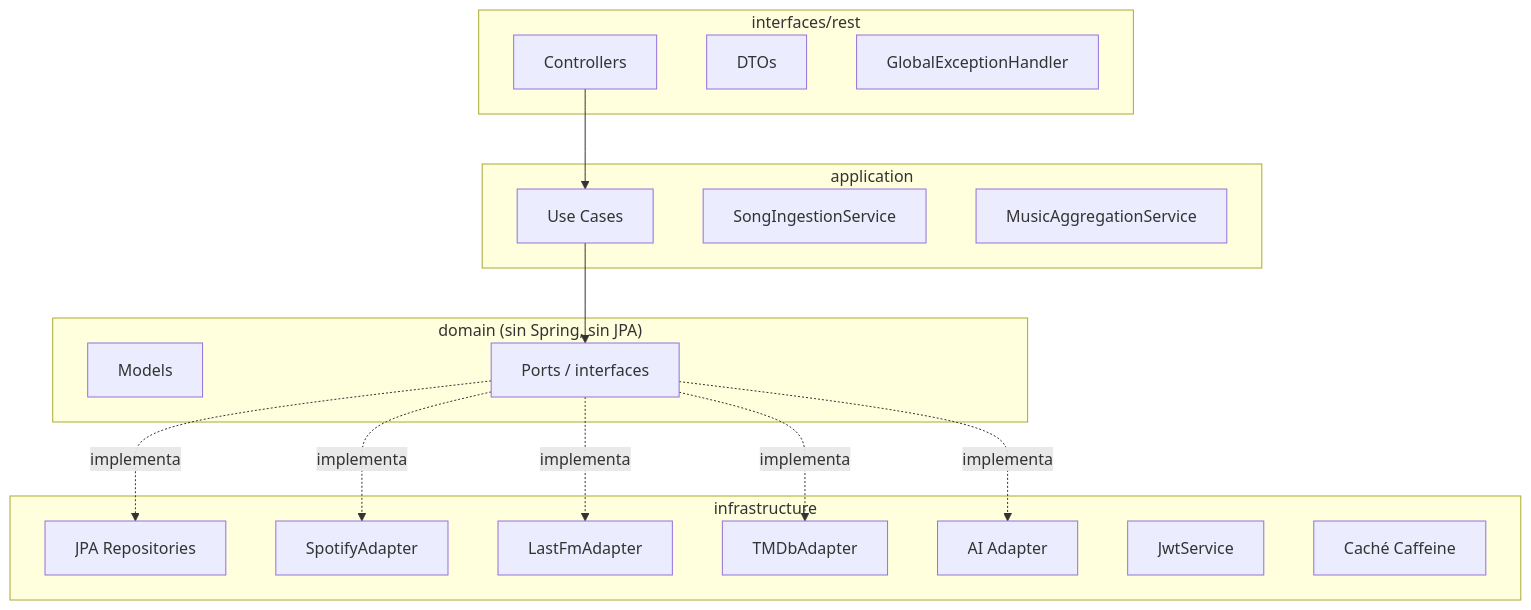
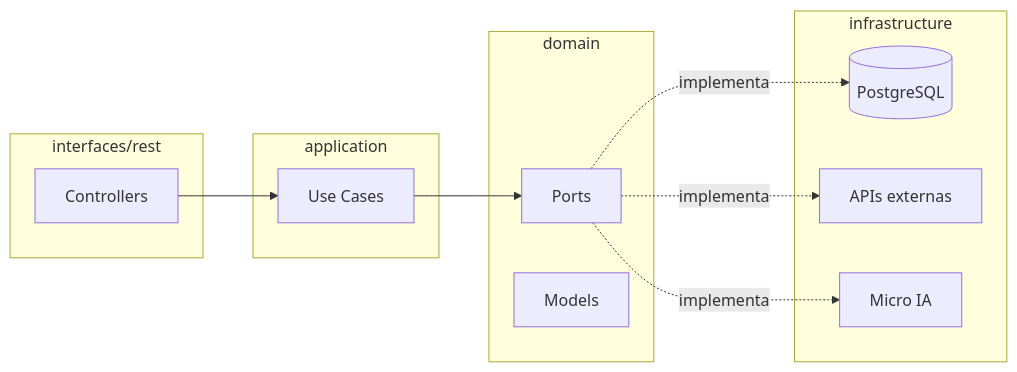
The first of 3 diagrams in README.md (WaraYasy/Ecos-Backend), drawn with Mermaid before and after one commit. The commit also changed other lines of this file, not shown here.

Commit message:
docs(readme): actualizar versiones y simplificar diagramas Mermaid

````diff
--- a/README.md
+++ b/README.md
@@ -261,37 +184,26 @@
 ```mermaid
-graph TD
+graph LR
     subgraph interfaces["interfaces/rest"]
         C[Controllers]
-        DTO[DTOs]
-        EH[GlobalExceptionHandler]
     end
 
     subgraph application["application"]
         UC[Use Cases]
-        SIS[SongIngestionService]
-        MAS[MusicAggregationService]
     end
 
-    subgraph domain["domain (sin Spring, sin JPA)"]
+    subgraph domain["domain"]
+        P[Ports]
         M[Models]
-        P[Ports / interfaces]
     end
 
     subgraph infrastructure["infrastructure"]
-        JPA[JPA Repositories]
-        SP[SpotifyAdapter]
-        LF[LastFmAdapter]
-        TM[TMDbAdapter]
-        AI[AI Adapter]
-        JWT[JwtService]
-        CA[Caché Caffeine]
+        DB[(PostgreSQL)]
+        EXT[APIs externas]
+        AI[Micro IA]
     end
 
-    C --> UC
-    UC --> P
-    P -.implementa.-> JPA
-    P -.implementa.-> SP
-    P -.implementa.-> LF
-    P -.implementa.-> TM
+    C --> UC --> P
+    P -.implementa.-> DB
+    P -.implementa.-> EXT
     P -.implementa.-> AI
 ```
````
